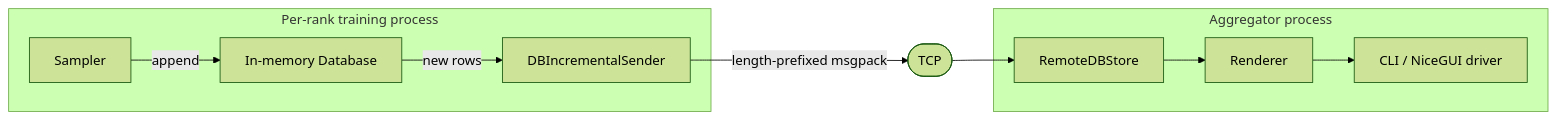
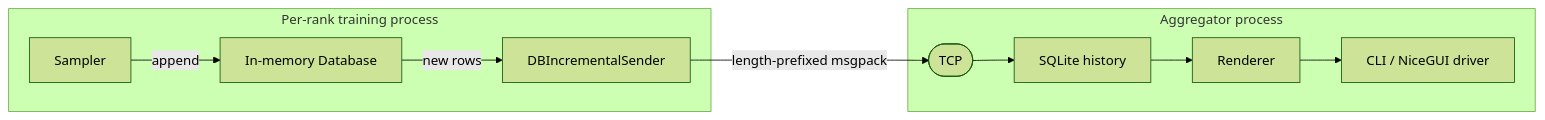
One commit to traceopt-ai/traceml changed the diagram in docs/developer_guide/architecture.md. Above: the diagram before and after it, drawn with Mermaid (forest theme). The commit also changed other lines of this file and 75 other files, not shown here.

````diff
--- a/docs/developer_guide/architecture.md
+++ b/docs/developer_guide/architecture.md
@@ -9,13 +9,13 @@
 ```mermaid
 flowchart LR
     subgraph "Per-rank training process"
         S[Sampler] -->|append| DB[In-memory Database]
         DB -->|new rows| Sender[DBIncrementalSender]
     end
     Sender -->|length-prefixed msgpack| TCP([TCP])
-    TCP --> RS[RemoteDBStore]
     subgraph "Aggregator process"
-        RS --> R[Renderer]
+        TCP --> H[SQLite history]
+        H --> R[Renderer]
         R --> UI[CLI / NiceGUI driver]
     end
 ```
````
